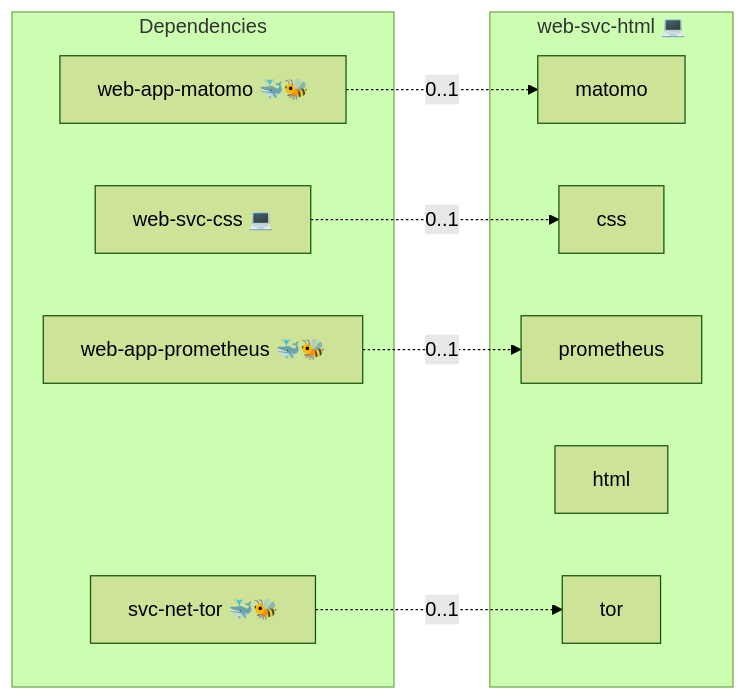
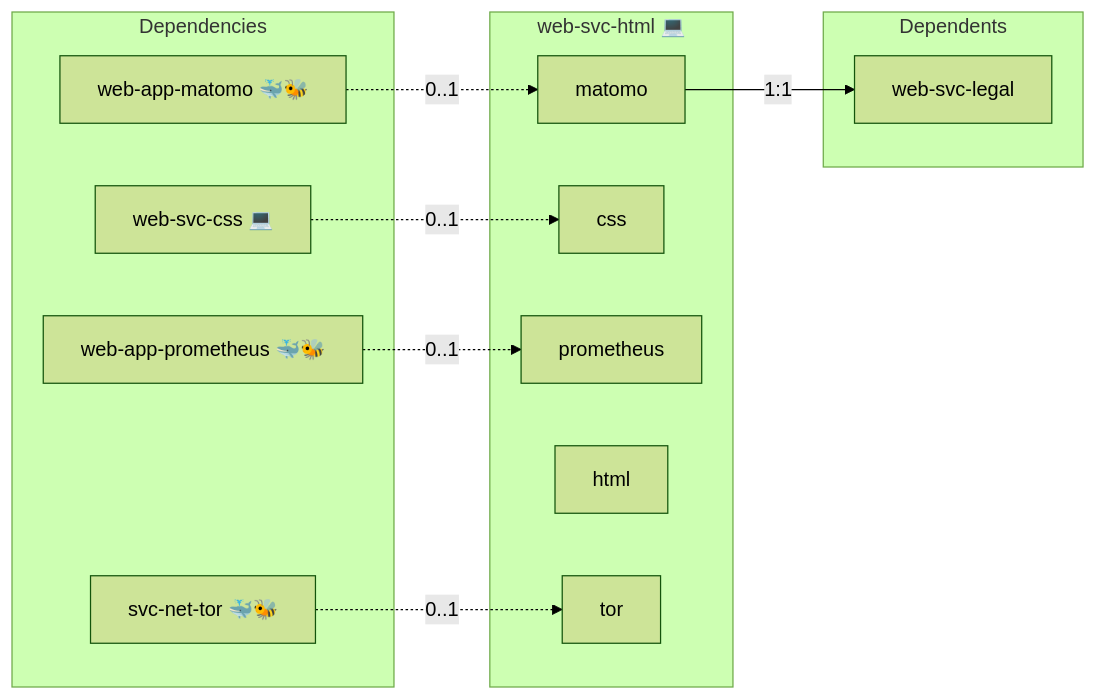
The diagram in roles/web-svc-html/README.md (AlejandroRomanIbanez/infinito-nexus), drawn with Mermaid (forest theme) before and after one commit. The commit also changed other lines of this file and 256 other files, not shown here.

````diff
--- a/roles/web-svc-html/README.md
+++ b/roles/web-svc-html/README.md
@@ -23,20 +23,24 @@
 ```mermaid
 flowchart LR
     subgraph deps [Dependencies]
         dep_svc_net_tor["svc-net-tor 🐳🐝"]
         dep_web_app_matomo["web-app-matomo 🐳🐝"]
         dep_web_app_prometheus["web-app-prometheus 🐳🐝"]
         dep_web_svc_css["web-svc-css 💻"]
     end
     subgraph role [web-svc-html 💻]
         svc_matomo["matomo"]
         svc_css["css"]
         svc_prometheus["prometheus"]
         svc_html["html"]
         svc_tor["tor"]
     end
+    subgraph dependents [Dependents]
+        dpt_web_svc_legal["web-svc-legal"]
+    end
     dep_svc_net_tor -. "0..1" .-> svc_tor
     dep_web_app_matomo -. "0..1" .-> svc_matomo
     dep_web_app_prometheus -. "0..1" .-> svc_prometheus
     dep_web_svc_css -. "0..1" .-> svc_css
+    svc_matomo -- "1:1" --> dpt_web_svc_legal
 ```
````
